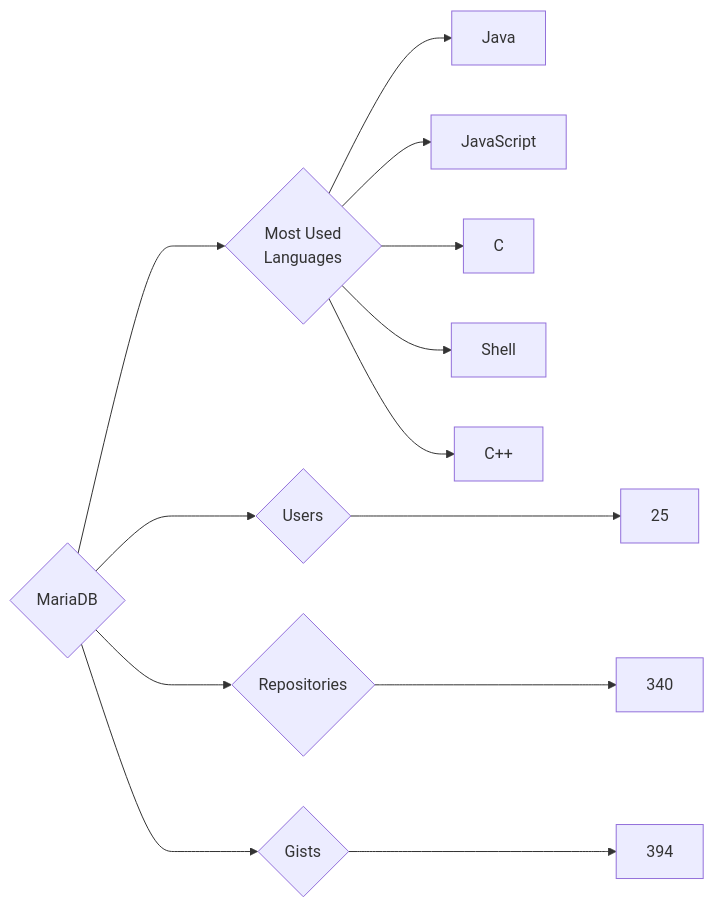
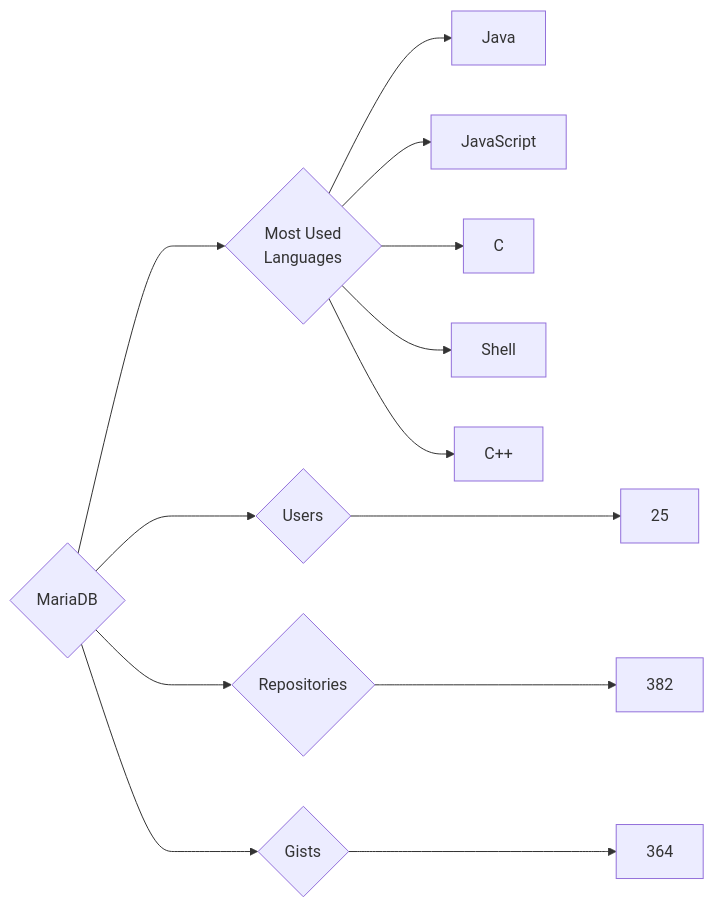
One commit to trickest/insiders changed the diagram in targets/MariaDB/README.md. Above: the diagram before and after it, drawn with Mermaid. The commit also changed 1479 other files, not shown here.

````diff
--- a/targets/MariaDB/README.md
+++ b/targets/MariaDB/README.md
@@ -3,13 +3,13 @@
 ```mermaid
 graph LR
 COMPANY_NAME{MariaDB}
 COMPANY_NAME ---> U{Users} ---> UN[25]
-COMPANY_NAME ---> R{Repositories} ---> RN[340]
-COMPANY_NAME ---> G{Gists} ---> GN[394]
+COMPANY_NAME ---> R{Repositories} ---> RN[382]
+COMPANY_NAME ---> G{Gists} ---> GN[364]
 COMPANY_NAME ---> ML{Most Used<br>Languages}
 ML --> Java[Java]
 ML --> JavaScript[JavaScript]
 ML --> C[C]
 ML --> Shell[Shell]
 ML --> C++[C++]
 ```
````
